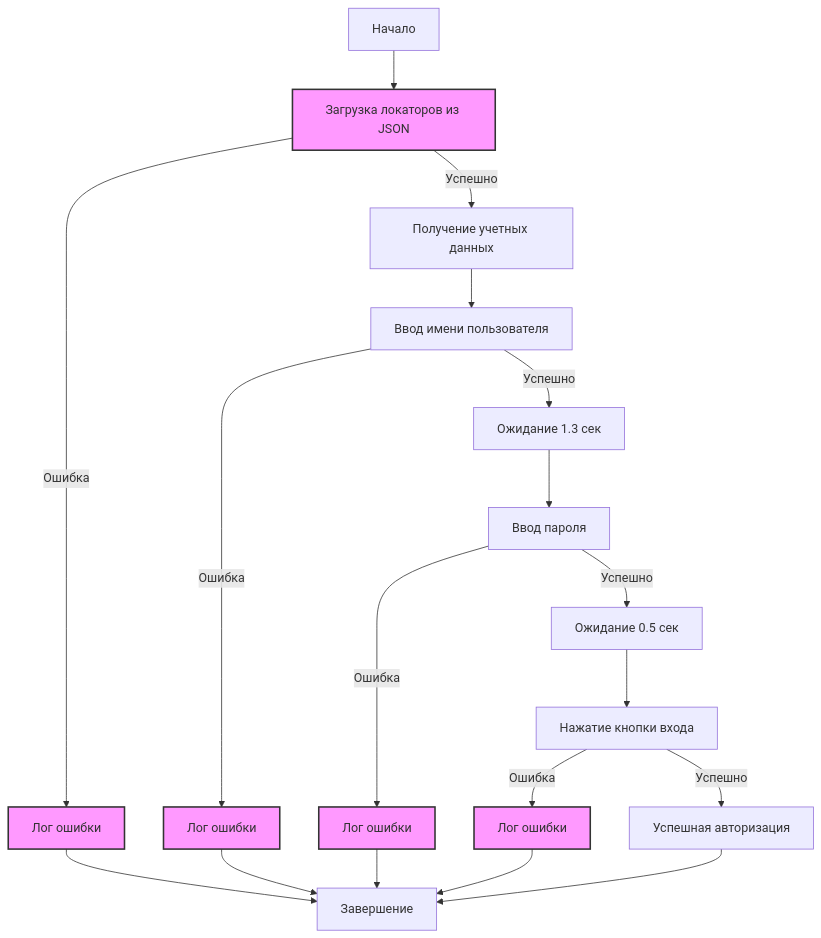
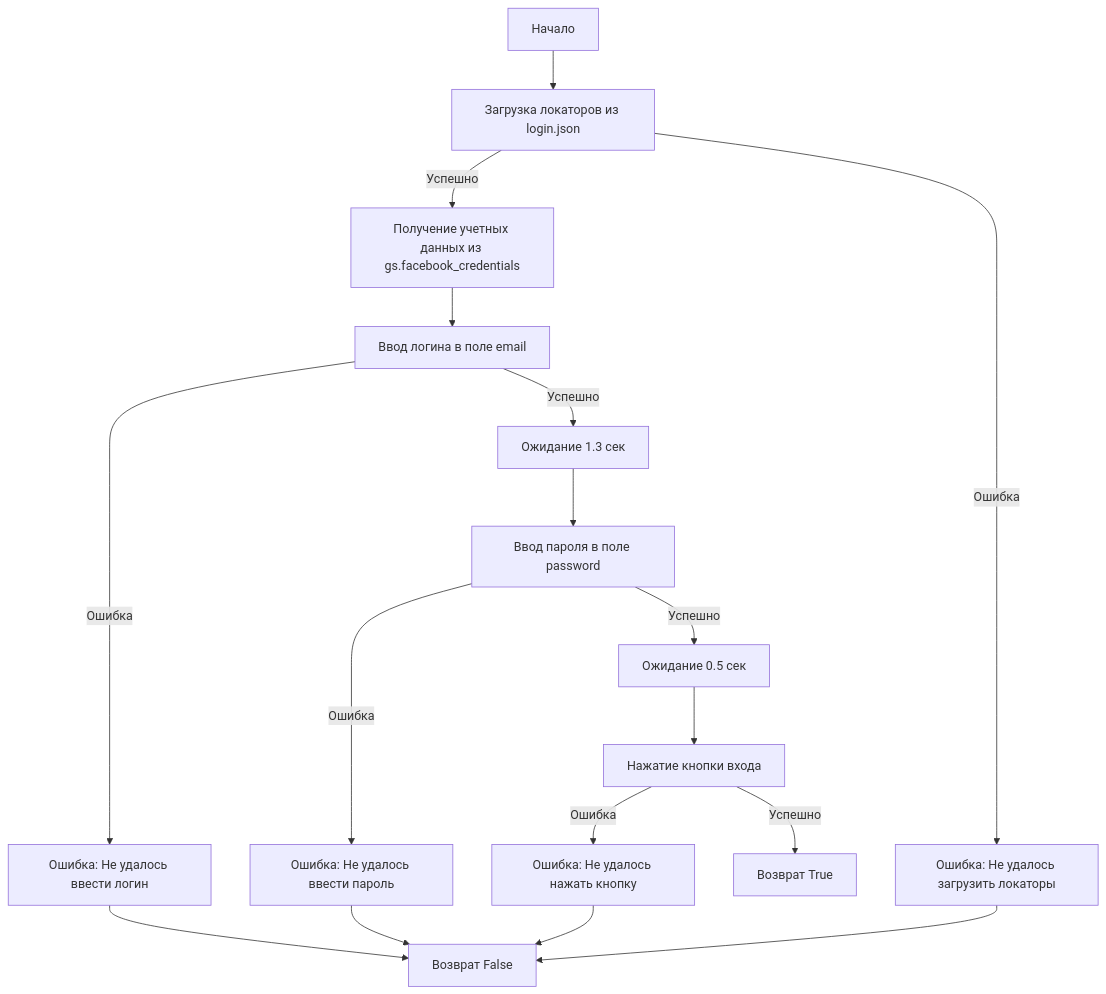
Before and after one commit to hypo69/hypo: the second of 3 diagrams in docs/gemini/ru/explainer/src/endpoints/advertisement/facebook/scenarios/login.py.md, drawn with Mermaid. The commit also changed other lines of this file and 1505 other files, not shown here.

````diff
--- a/docs/gemini/ru/explainer/src/endpoints/advertisement/facebook/scenarios/login.py.md
+++ b/docs/gemini/ru/explainer/src/endpoints/advertisement/facebook/scenarios/login.py.md
@@ -7,29 +61,22 @@
 ```mermaid
-graph TD
-    Start[Начало] --> LoadLocators[Загрузка локаторов из JSON]
-    LoadLocators -- Успешно --> GetCredentials[Получение учетных данных]
-    LoadLocators -- Ошибка --> ErrorLog[Лог ошибки]
-    ErrorLog --> End[Завершение]
-    GetCredentials --> InputUsername[Ввод имени пользователя]
-    InputUsername -- Успешно --> Wait1[Ожидание 1.3 сек]
-    InputUsername -- Ошибка --> ErrorLogUsername[Лог ошибки]
-    ErrorLogUsername --> End
-    Wait1 --> InputPassword[Ввод пароля]
-    InputPassword -- Успешно --> Wait2[Ожидание 0.5 сек]
-    InputPassword -- Ошибка --> ErrorLogPassword[Лог ошибки]
-    ErrorLogPassword --> End
-    Wait2 --> ClickLoginButton[Нажатие кнопки входа]
-    ClickLoginButton -- Успешно --> LoginSuccess[Успешная авторизация]
-    ClickLoginButton -- Ошибка --> ErrorLogButton[Лог ошибки]
-    ErrorLogButton --> End
-    LoginSuccess --> End
-    
-    End[Завершение]
-    
-    style LoadLocators fill:#f9f,stroke:#333,stroke-width:2px
-    style ErrorLog fill:#f9f,stroke:#333,stroke-width:2px
-    style ErrorLogUsername fill:#f9f,stroke:#333,stroke-width:2px
-    style ErrorLogPassword fill:#f9f,stroke:#333,stroke-width:2px
-    style ErrorLogButton fill:#f9f,stroke:#333,stroke-width:2px
+flowchart TD
+    Start[Начало] --> LoadLocators[Загрузка локаторов из login.json]
+    LoadLocators -- Успешно --> GetCredentials[Получение учетных данных из gs.facebook_credentials]
+    LoadLocators -- Ошибка --> ErrorLoadLocators[Ошибка: Не удалось загрузить локаторы]
 
+    GetCredentials --> InputLogin[Ввод логина в поле email]
+    InputLogin -- Успешно --> WaitAfterLogin[Ожидание 1.3 сек]
+    InputLogin -- Ошибка --> ErrorInputLogin[Ошибка: Не удалось ввести логин]
+    ErrorInputLogin --> EndFalse[Возврат False]
+    WaitAfterLogin --> InputPassword[Ввод пароля в поле password]
+    InputPassword -- Успешно --> WaitAfterPassword[Ожидание 0.5 сек]
+    InputPassword -- Ошибка --> ErrorInputPassword[Ошибка: Не удалось ввести пароль]
+    ErrorInputPassword --> EndFalse
+    WaitAfterPassword --> ClickLoginButton[Нажатие кнопки входа]
+    ClickLoginButton -- Успешно --> EndTrue[Возврат True]
+    ClickLoginButton -- Ошибка --> ErrorClickButton[Ошибка: Не удалось нажать кнопку]
+    ErrorClickButton --> EndFalse
+    ErrorLoadLocators --> EndFalse
+    EndFalse[Возврат False]
+    EndTrue[Возврат True]
 ```
````
